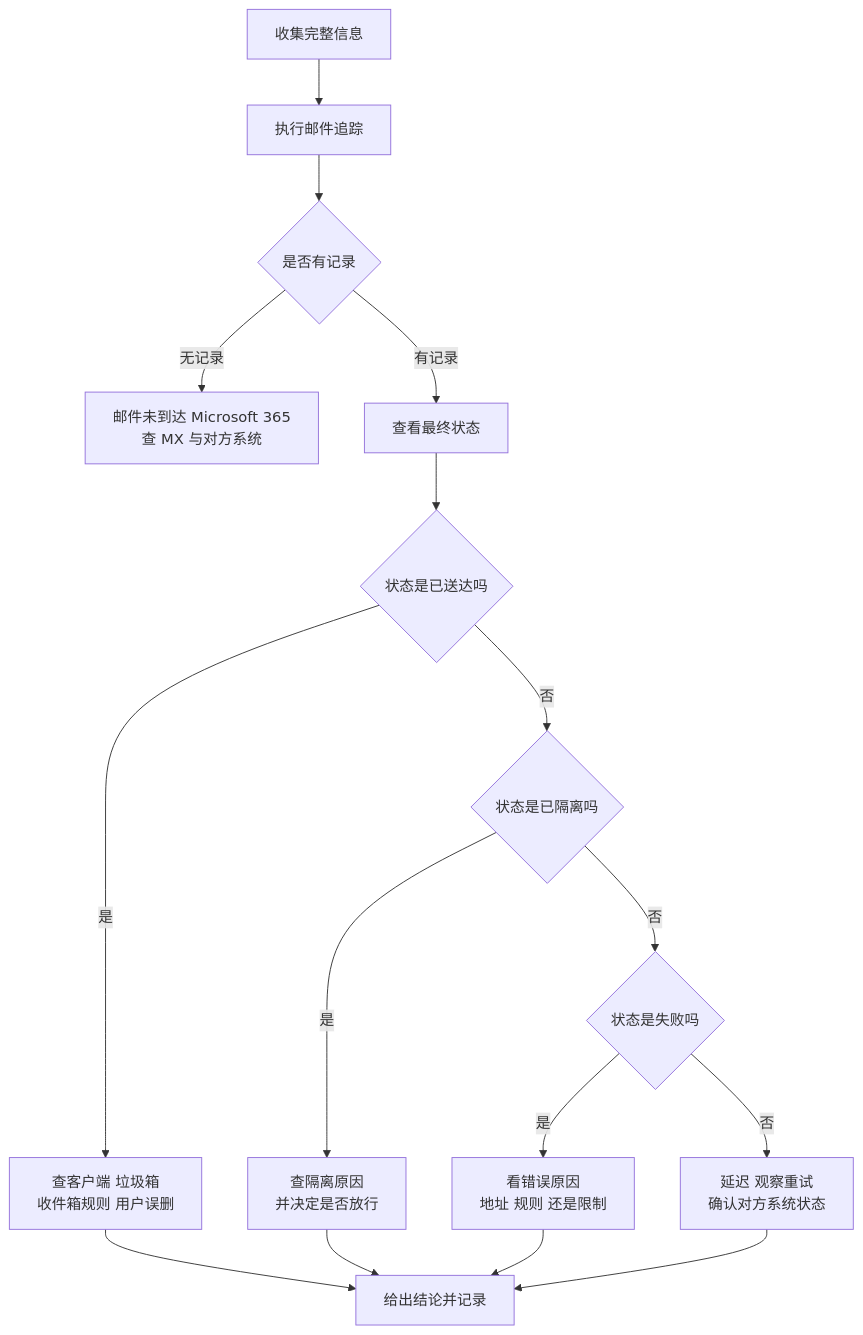
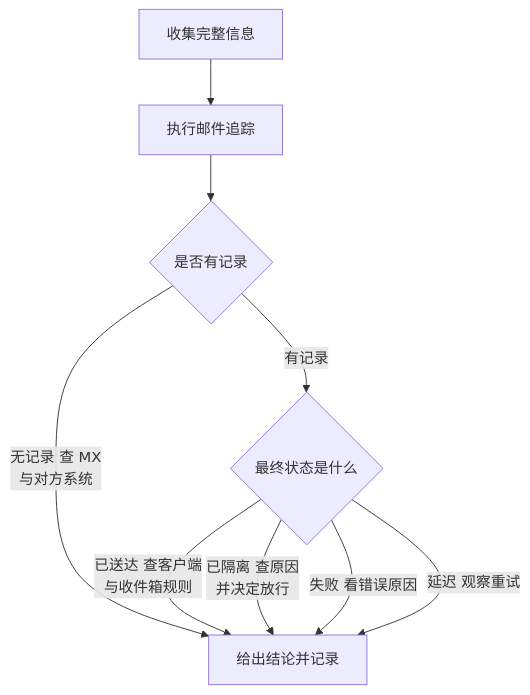
One commit to zerioo1970/summary changed the diagram in Microsoft-365企业导入实施方案/03-邮件-Exchange配置与迁移/05-邮件追踪与问题分析.md. Above: the diagram before and after it, drawn with Mermaid. The commit also changed 14 other files, not shown here.

First line of the commit message:
fix(docs): 修正 Mermaid 图渲染问题（15 个文件）

````diff
--- a/Microsoft-365企业导入实施方案/03-邮件-Exchange配置与迁移/05-邮件追踪与问题分析.md
+++ b/Microsoft-365企业导入实施方案/03-邮件-Exchange配置与迁移/05-邮件追踪与问题分析.md
@@ -67,18 +67,11 @@
 ```mermaid
 graph TD
     A[收集完整信息] --> B[执行邮件追踪]
     B --> C{是否有记录}
-    C -->|无记录| D[邮件未到达 Microsoft 365<br/>查 MX 与对方系统]
-    C -->|有记录| E[查看最终状态]
-    E --> F{状态是已送达吗}
-    F -->|是| G[查客户端 垃圾箱<br/>收件箱规则 用户误删]
-    F -->|否| H{状态是已隔离吗}
-    H -->|是| I[查隔离原因<br/>并决定是否放行]
-    H -->|否| J{状态是失败吗}
-    J -->|是| K[看错误原因<br/>地址 规则 还是限制]
-    J -->|否| L[延迟 观察重试<br/>确认对方系统状态]
-    G --> M[给出结论并记录]
-    I --> M
-    K --> M
-    L --> M
+    C -->|无记录 查 MX<br/>与对方系统| Z[给出结论并记录]
+    C -->|有记录| E{最终状态是什么}
+    E -->|已送达 查客户端<br/>与收件箱规则| Z
+    E -->|已隔离 查原因<br/>并决定放行| Z
+    E -->|失败 看错误原因| Z
+    E -->|延迟 观察重试| Z
 ```
````
